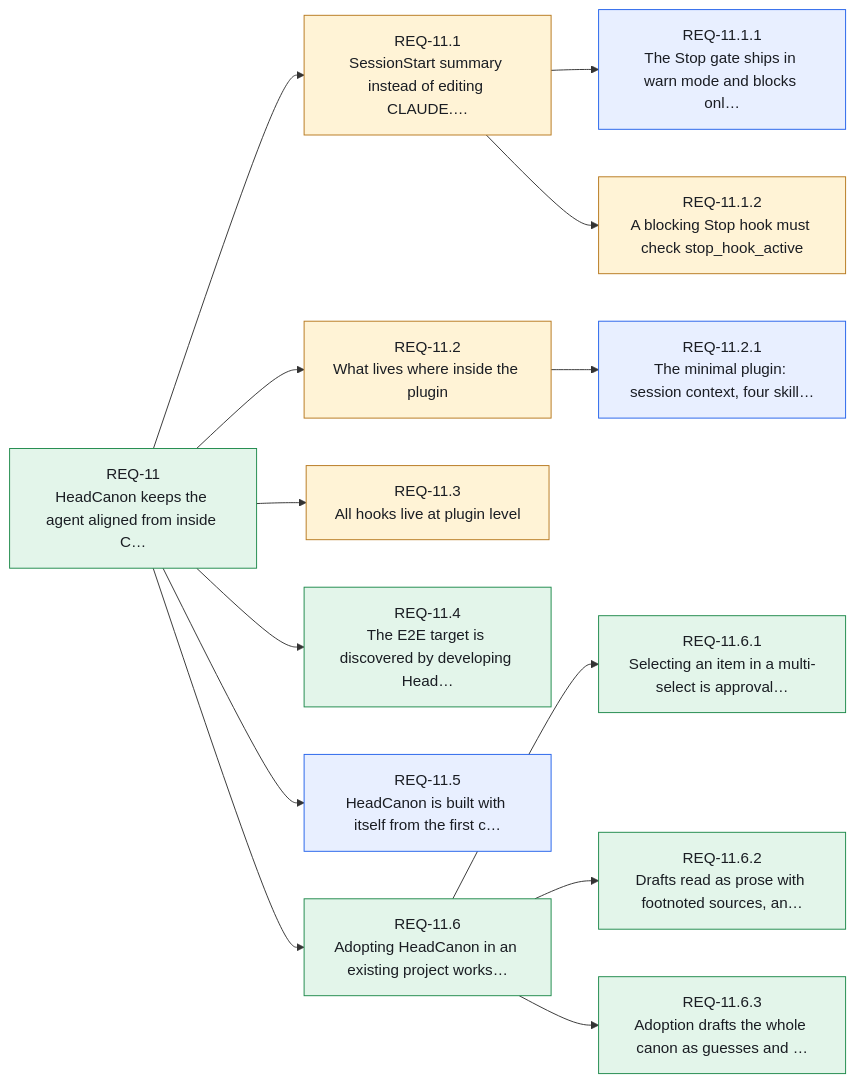
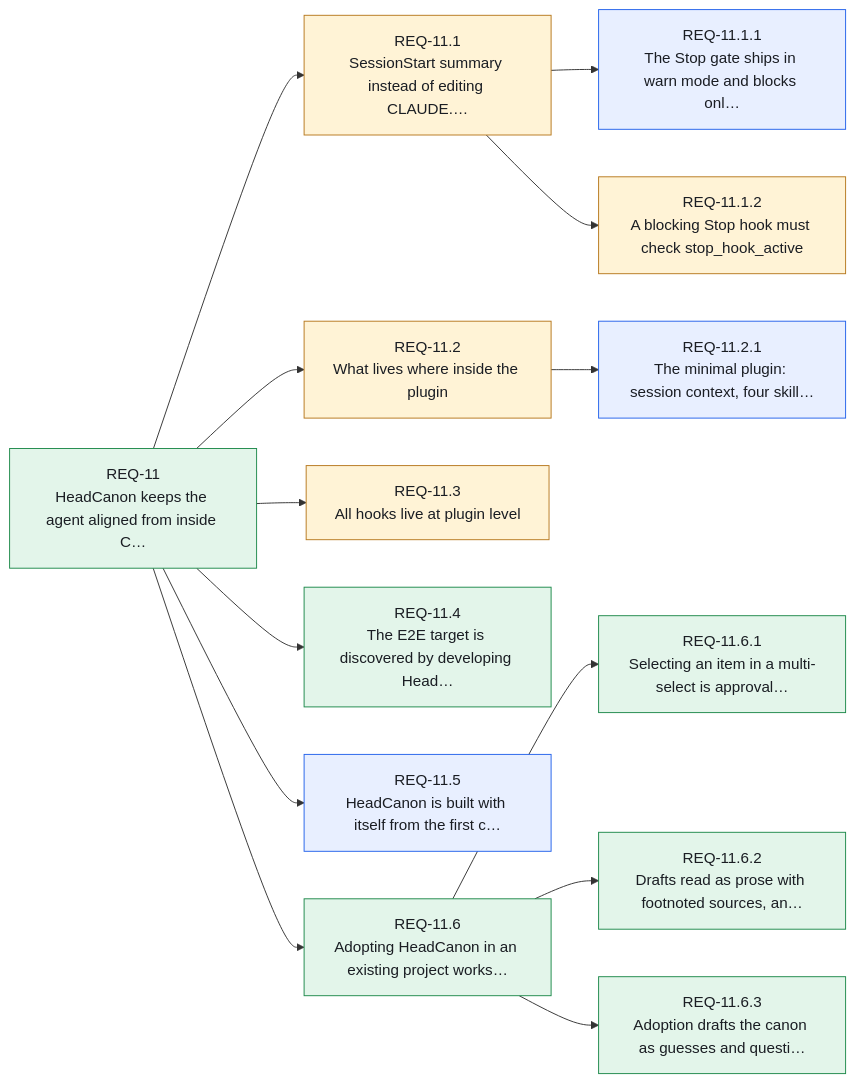
Before and after one commit to Althis/headcanon: diagram 12 of 14 in canon/INDEX.md, drawn with Mermaid. The commit also changed other lines of this file and 14 other files, not shown here.

````diff
--- a/canon/INDEX.md
+++ b/canon/INDEX.md
@@ -543,33 +543,33 @@
 ```mermaid
 flowchart LR
     REQ_11["REQ-11<br/>HeadCanon keeps the agent aligned from inside C…"]:::stated
     REQ_11_1["REQ-11.1<br/>SessionStart summary instead of editing CLAUDE.…"]:::assumed
     REQ_11_1_1["REQ-11.1.1<br/>The Stop gate ships in warn mode and blocks onl…"]:::resolved
     REQ_11_1_2["REQ-11.1.2<br/>A blocking Stop hook must check stop_hook_active"]:::assumed
     REQ_11_2["REQ-11.2<br/>What lives where inside the plugin"]:::assumed
     REQ_11_2_1["REQ-11.2.1<br/>The minimal plugin: session context, four skill…"]:::resolved
     REQ_11_3["REQ-11.3<br/>All hooks live at plugin level"]:::assumed
     REQ_11_4["REQ-11.4<br/>The E2E target is discovered by developing Head…"]:::stated
     REQ_11_5["REQ-11.5<br/>HeadCanon is built with itself from the first c…"]:::resolved
     REQ_11_6["REQ-11.6<br/>Adopting HeadCanon in an existing project works…"]:::stated
     REQ_11_6_1["REQ-11.6.1<br/>Selecting an item in a multi-select is approval…"]:::stated
     REQ_11_6_2["REQ-11.6.2<br/>Drafts read as prose with footnoted sources, an…"]:::stated
-    REQ_11_6_3["REQ-11.6.3<br/>Adoption drafts the whole canon as guesses and …"]:::stated
+    REQ_11_6_3["REQ-11.6.3<br/>Adoption drafts the canon as guesses and questi…"]:::stated
     REQ_11 --> REQ_11_1
     REQ_11_1 --> REQ_11_1_1
     REQ_11_1 --> REQ_11_1_2
     REQ_11 --> REQ_11_2
     REQ_11_2 --> REQ_11_2_1
     REQ_11 --> REQ_11_3
     REQ_11 --> REQ_11_4
     REQ_11 --> REQ_11_5
     REQ_11 --> REQ_11_6
     REQ_11_6 --> REQ_11_6_1
     REQ_11_6 --> REQ_11_6_2
     REQ_11_6 --> REQ_11_6_3
     classDef stated fill:#e3f5ea,stroke:#1f8a4c,color:#1a1d23
     classDef resolved fill:#e8efff,stroke:#2563eb,color:#1a1d23
     classDef assumed fill:#fff3d6,stroke:#b7791f,color:#1a1d23
     classDef open fill:#ece9fb,stroke:#6b5bd2,color:#1a1d23
     classDef contested fill:#fde7e8,stroke:#d13438,color:#1a1d23
 ```
````
